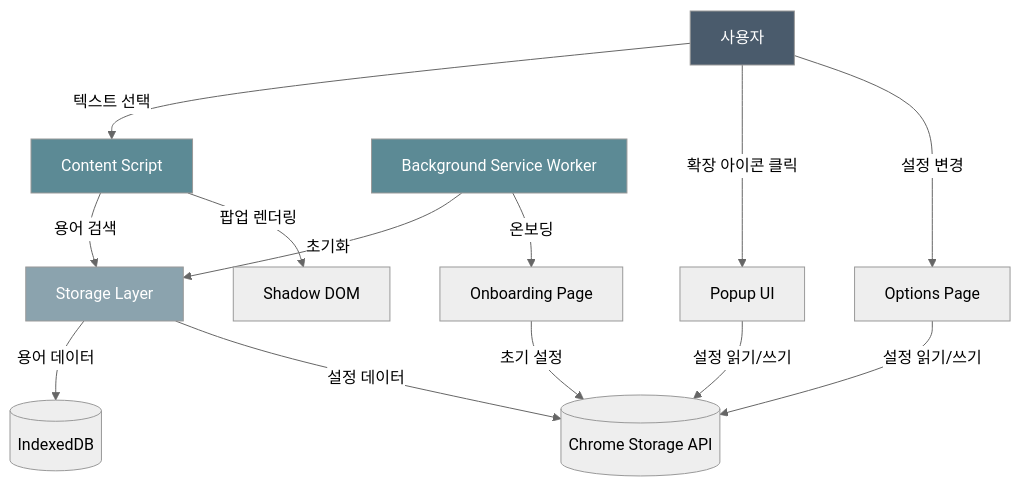
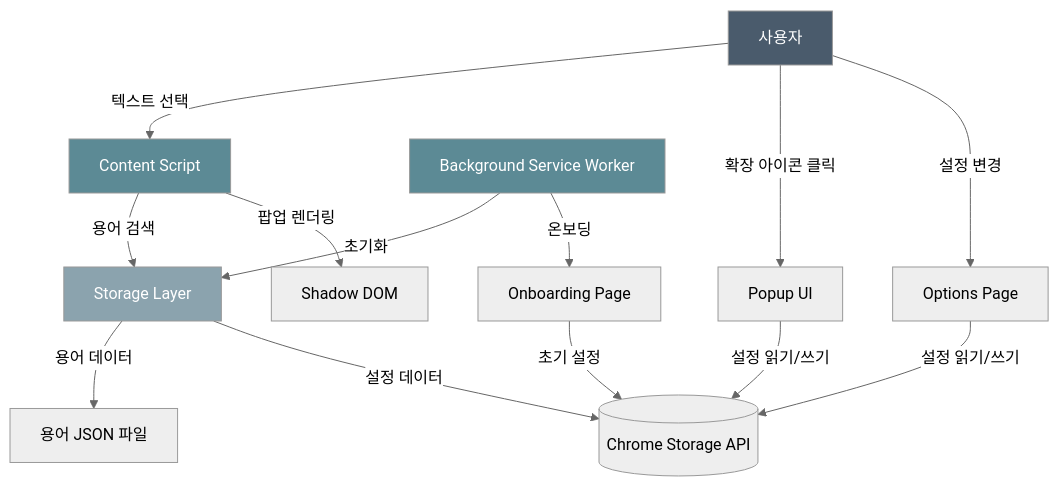
The first of 5 diagrams in docs/코드_아키텍처.md (wrtn-edu-swu-bootcamp/project_4), drawn with Mermaid (neutral theme) before and after one commit. The commit also changed other lines of this file and 37 other files, not shown here.

Commit message:
refactor: transition from IndexedDB to static JSON for term data management; update build scripts and manifest configuration

````diff
--- a/docs/코드_아키텍처.md
+++ b/docs/코드_아키텍처.md
@@ -52,24 +52,24 @@
 ```mermaid
 graph TB
     User[사용자] -->|텍스트 선택| ContentScript[Content Script]
     User -->|확장 아이콘 클릭| Popup[Popup UI]
     User -->|설정 변경| Options[Options Page]
     
     ContentScript -->|용어 검색| Storage[Storage Layer]
     ContentScript -->|팝업 렌더링| ShadowDOM[Shadow DOM]
     
     ServiceWorker[Background Service Worker] -->|초기화| Storage
     ServiceWorker -->|온보딩| Onboarding[Onboarding Page]
     
-    Storage -->|용어 데이터| IndexedDB[(IndexedDB)]
+    Storage -->|용어 데이터| TermData[용어 JSON 파일]
     Storage -->|설정 데이터| ChromeStorage[(Chrome Storage API)]
     
     Popup -->|설정 읽기/쓰기| ChromeStorage
     Options -->|설정 읽기/쓰기| ChromeStorage
     Onboarding -->|초기 설정| ChromeStorage
     
     style User fill:#4A5B6C,color:#fff
     style ContentScript fill:#5C8A95,color:#fff
     style Storage fill:#8BA3AE,color:#fff
     style ServiceWorker fill:#5C8A95,color:#fff
 ```
````
